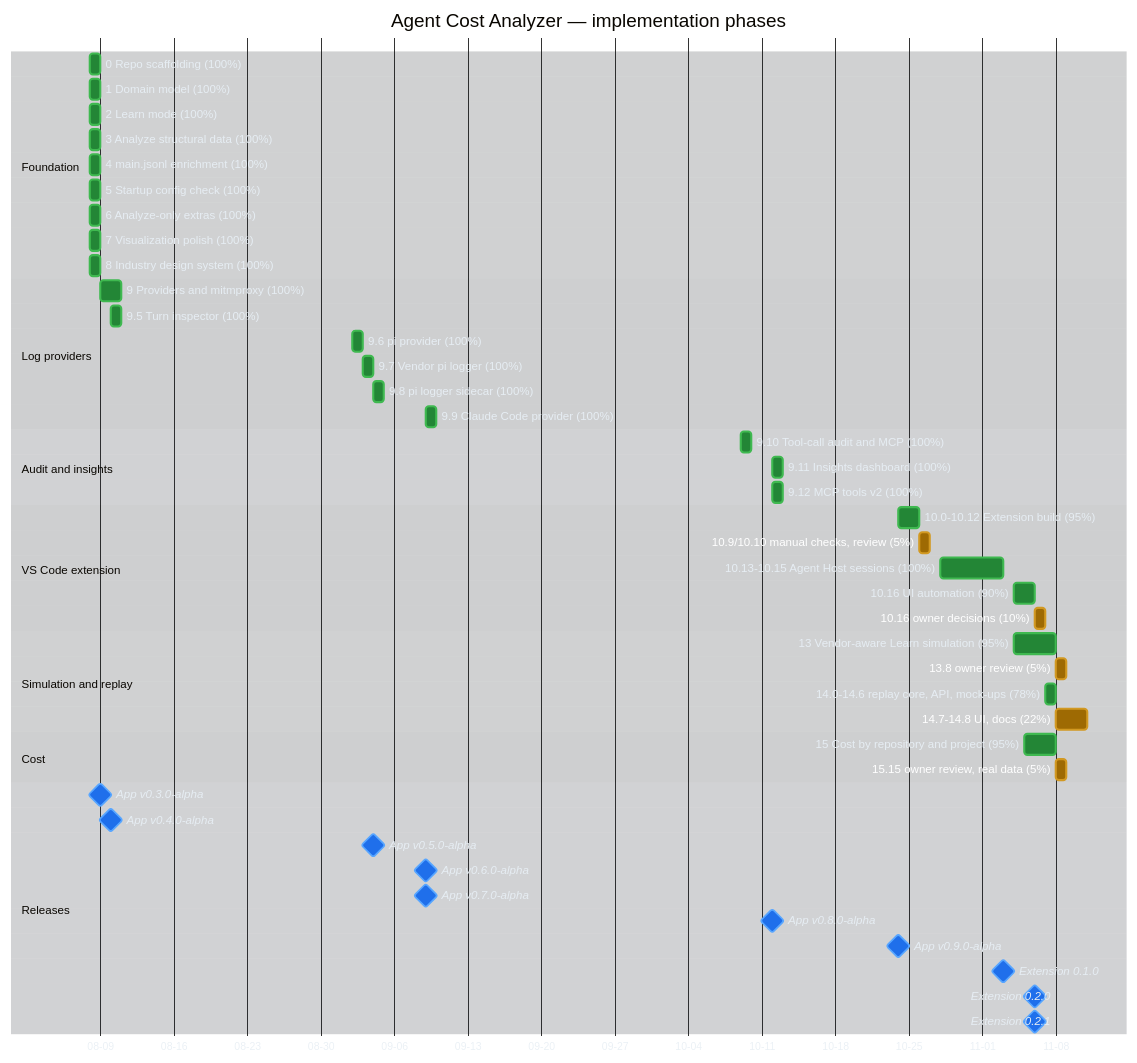
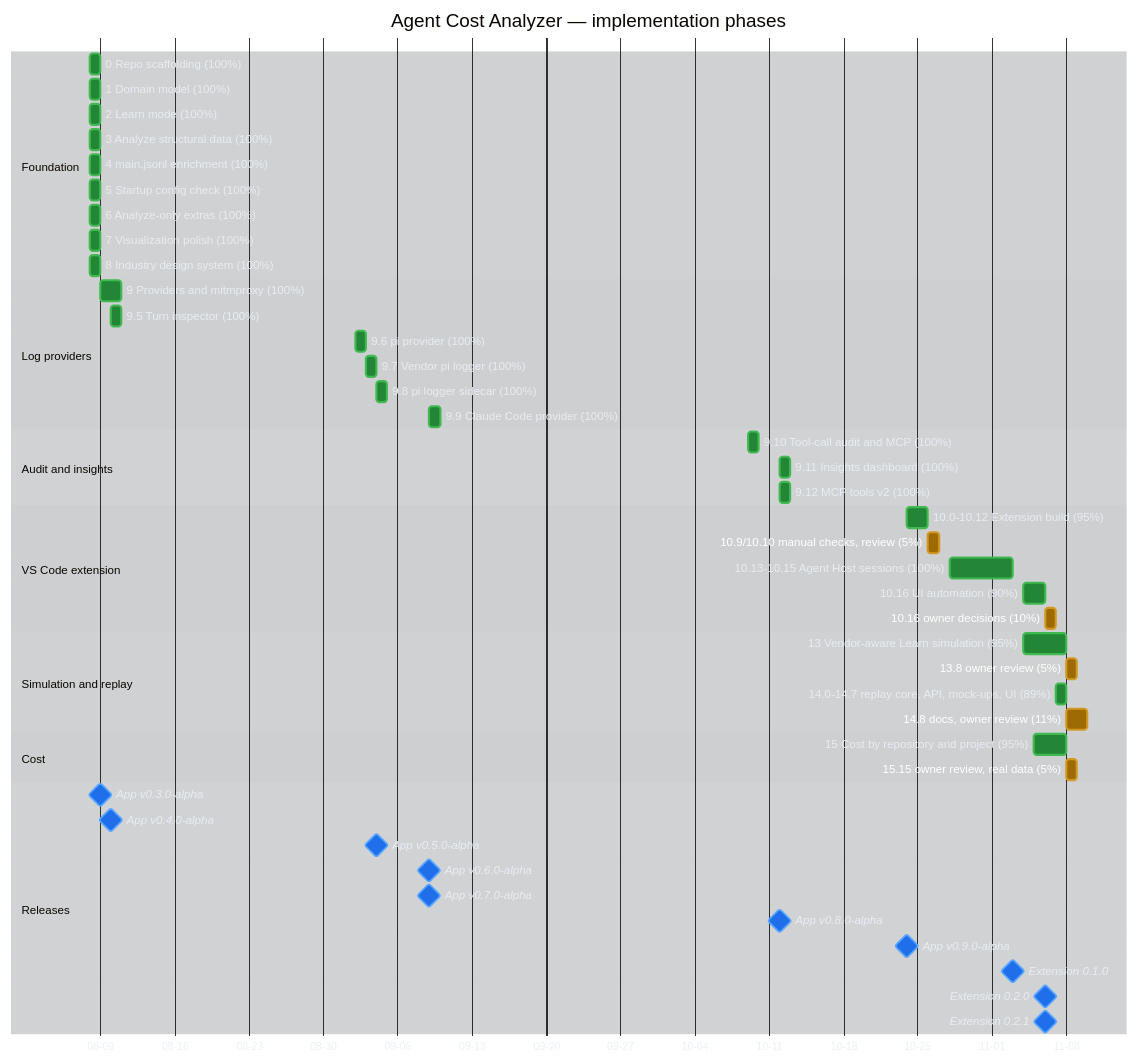
Before and after one commit to raulkivi/agent-cost-analyzer: the first of 3 diagrams in docs/implementation-plan-gantt.md, drawn with Mermaid. The commit also changed other lines of this file and 8 other files, not shown here.

```diff
--- a/docs/implementation-plan-gantt.md
+++ b/docs/implementation-plan-gantt.md
@@ -69,8 +69,8 @@
     section Simulation and replay
     13 Vendor-aware Learn simulation (95%) :done, p13, 2026-11-04, 4d
     13.8 owner review (5%)                 :active, p13r, after p13, 1d
-    14.0-14.6 replay core, API, mock-ups (78%) :done, p14, 2026-11-07, 1d
-    14.7-14.8 UI, docs (22%)               :active, p14r, after p14, 3d
+    14.0-14.7 replay core, API, mock-ups, UI (89%) :done, p14, 2026-11-07, 1d
+    14.8 docs, owner review (11%)          :active, p14r, after p14, 2d
 
     section Cost
     15 Cost by repository and project (95%) :done, p15, 2026-11-05, 3d
```
